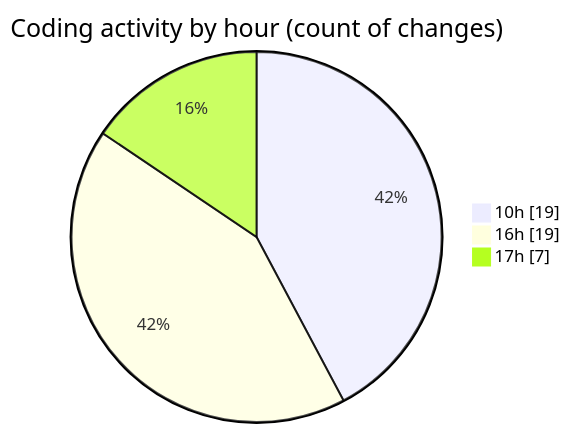
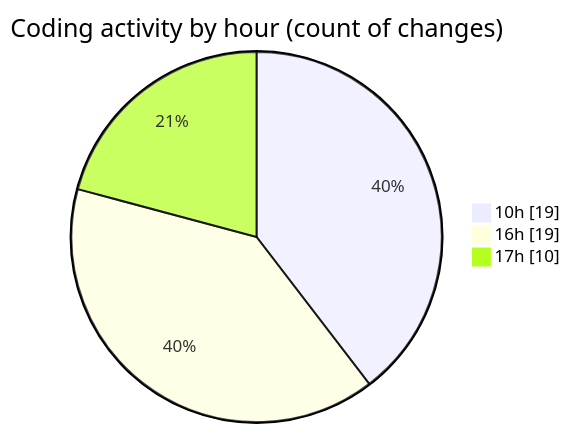
The second of 2 diagrams in 2025-01-20/mbc-web/README.md (robertbonfada/code-tracking), drawn with Mermaid before and after one commit. The commit also changed other lines of this file and 1 other file, not shown here.

````diff
--- a/2025-01-20/mbc-web/README.md
+++ b/2025-01-20/mbc-web/README.md
@@ -43,7 +43,7 @@
 ```mermaid
 pie showData
 title Coding activity by hour (count of changes)
 "10h" : 19
 "16h" : 19
-"17h" : 7
+"17h" : 10
 ```
````
